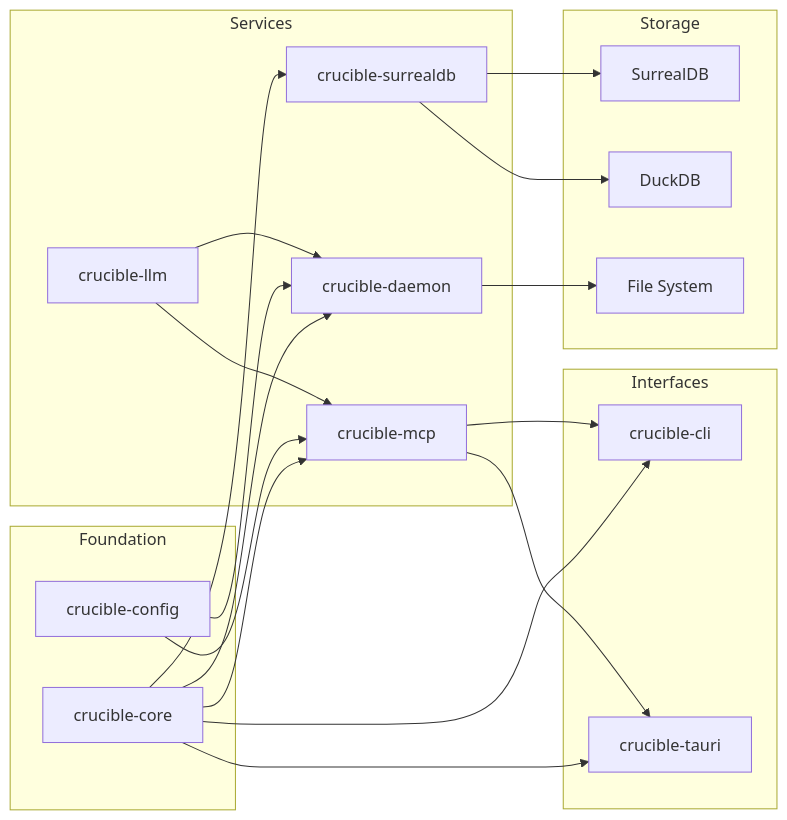
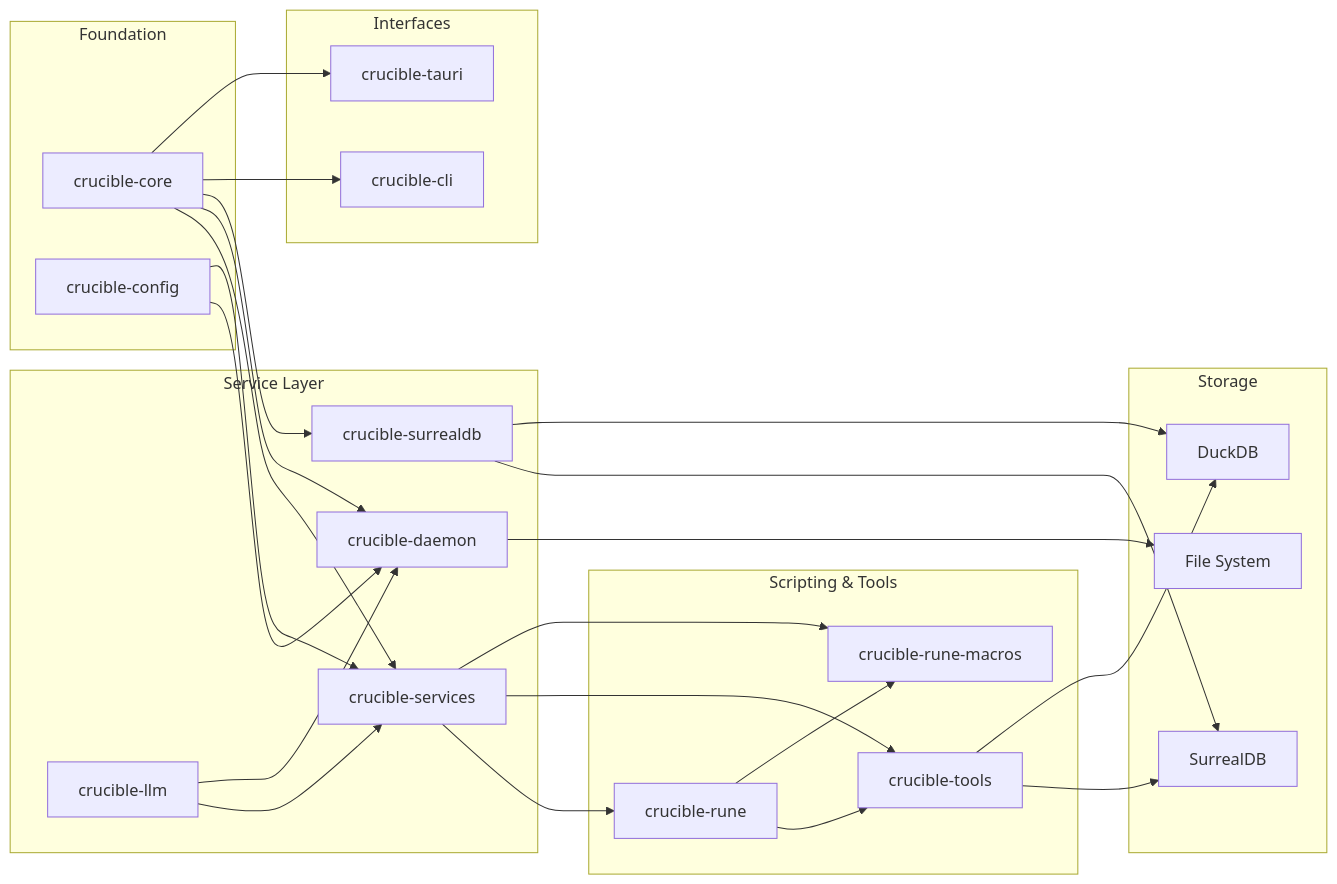
One commit to Mootikins/crucible changed the second of 5 diagrams in docs/ARCHITECTURE.md. Above: the diagram before and after it, drawn with Mermaid. The commit also changed other lines of this file and 83 other files, not shown here.

````diff
--- a/docs/ARCHITECTURE.md
+++ b/docs/ARCHITECTURE.md
@@ -69,45 +84,58 @@
 ```mermaid
 graph LR
     subgraph "Foundation"
         A[crucible-core]
         B[crucible-config]
     end
 
-    subgraph "Services"
-        C[crucible-mcp]
+    subgraph "Service Layer"
+        C[crucible-services]
         D[crucible-daemon]
         E[crucible-surrealdb]
         F[crucible-llm]
     end
 
+    subgraph "Scripting & Tools"
+        G[crucible-rune]
+        H[crucible-tools]
+        I[crucible-rune-macros]
+    end
+
     subgraph "Interfaces"
-        G[crucible-cli]
-        H[crucible-tauri]
+        J[crucible-cli]
+        K[crucible-tauri]
     end
 
     subgraph "Storage"
-        I[SurrealDB]
-        J[DuckDB]
-        K[File System]
+        L[SurrealDB]
+        M[DuckDB]
+        N[File System]
     end
 
     A --> C
     A --> D
     A --> E
-    A --> G
-    A --> H
+    A --> J
+    A --> K
 
     B --> D
     B --> C
 
     C --> G
     C --> H
+    C --> I
 
     F --> C
     F --> D
 
-    E --> I
-    E --> J
+    G --> H
+    G --> I
 
-    D --> K
+    E --> L
+    E --> M
+
+    D --> N
+
+    H --> L
+    H --> M
 ```
````
